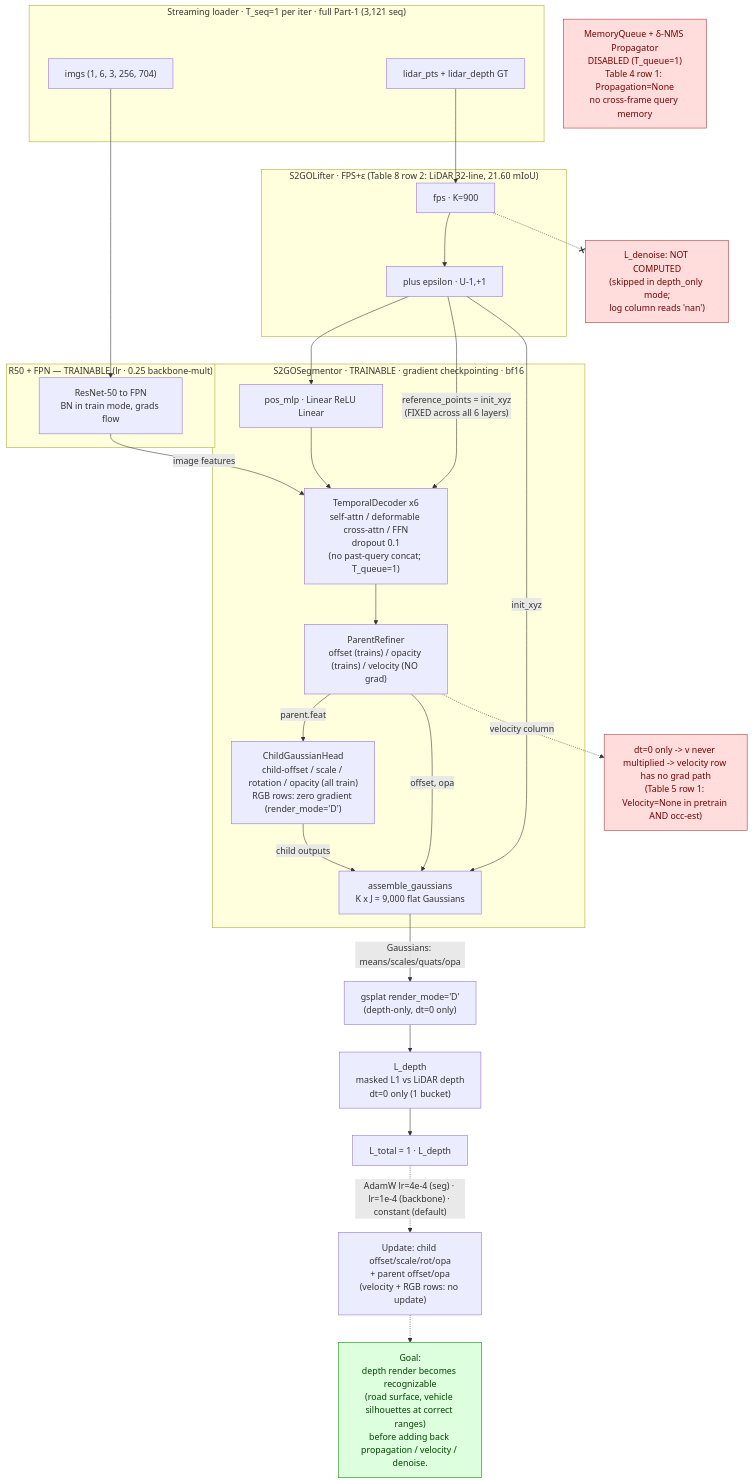
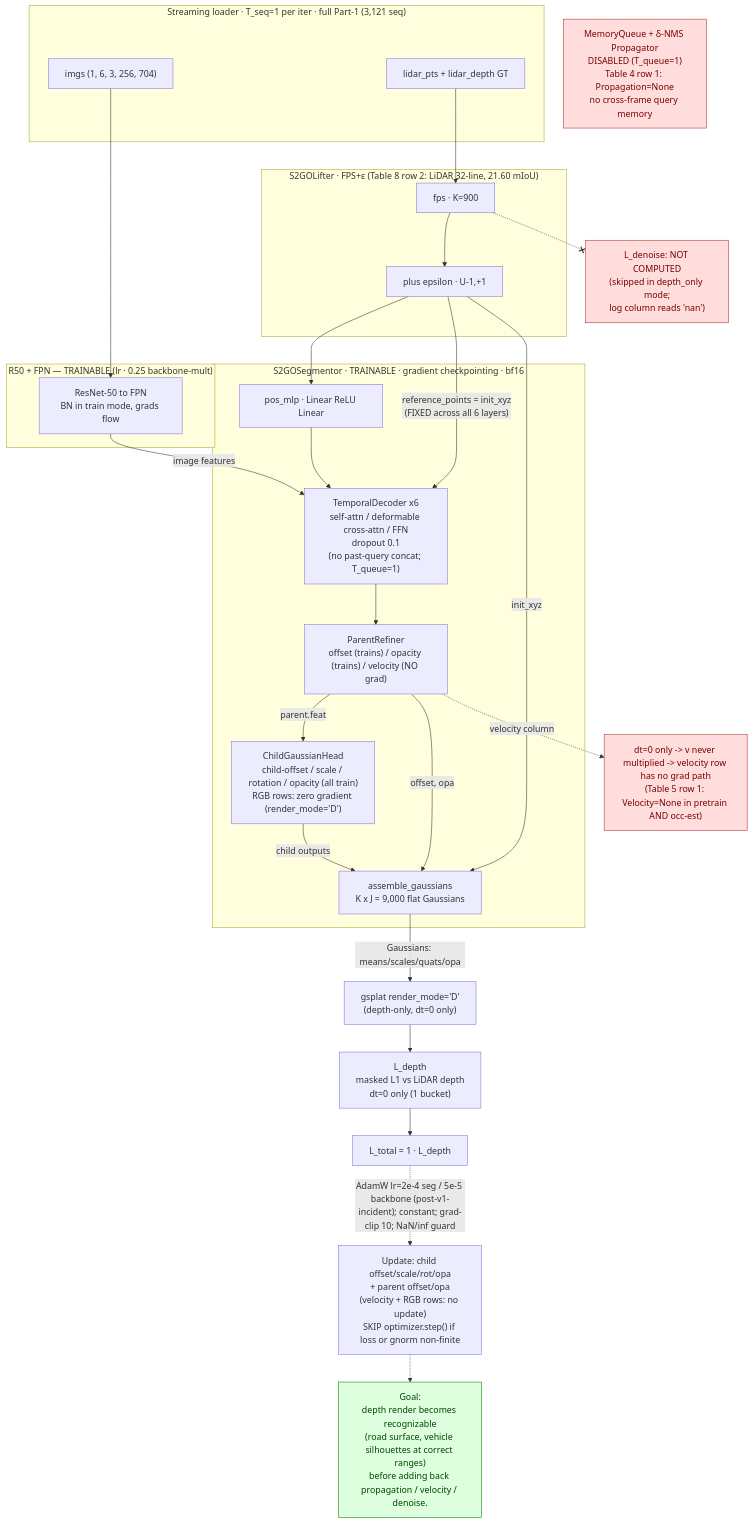
Before and after one commit to skr3178/S2GO: the fifth of 6 diagrams in out/stage1_scaleup_5000iter/architecture_current_run.md, drawn with Mermaid. The commit also changed other lines of this file, not shown here.

First line of the commit message:
Arch doc: v1 post-mortem + v2 success entry + eval comparison

````diff
--- a/out/stage1_scaleup_5000iter/architecture_current_run.md
+++ b/out/stage1_scaleup_5000iter/architecture_current_run.md
@@ -643,64 +643,64 @@
 ```mermaid
 flowchart TB
     subgraph DATA4["Streaming loader · T_seq=1 per iter · full Part-1 (3,121 seq)"]
         IMG4["imgs (1, 6, 3, 256, 704)"]
         LID4["lidar_pts + lidar_depth GT"]
     end
 
     subgraph BB4["R50 + FPN — TRAINABLE (lr · 0.25 backbone-mult)"]
         BBN4["ResNet-50 to FPN<br/>BN in train mode, grads flow"]
     end
     IMG4 --> BBN4
 
     subgraph LIFT4["S2GOLifter · FPS+ε  (Table 8 row 2: LiDAR 32-line, 21.60 mIoU)"]
         FPS4["fps · K=900"]
         EPS4["plus epsilon · U-1,+1"]
         FPS4 --> EPS4
     end
     LID4 --> FPS4
 
     subgraph SEG4["S2GOSegmentor · TRAINABLE · gradient checkpointing · bf16"]
         POSMLP4["pos_mlp · Linear ReLU Linear"]
         TD4["TemporalDecoder x6<br/>self-attn / deformable cross-attn / FFN<br/>dropout 0.1<br/>(no past-query concat; T_queue=1)"]
         PR4["ParentRefiner<br/>offset (trains) / opacity (trains) / velocity (NO grad)"]
         CH4["ChildGaussianHead<br/>child-offset / scale / rotation / opacity (all train)<br/>RGB rows: zero gradient (render_mode='D')"]
         ASM4["assemble_gaussians<br/>K x J = 9,000 flat Gaussians"]
     end
 
     EPS4 --> POSMLP4
     POSMLP4 --> TD4
     EPS4 -->|"reference_points = init_xyz<br/>(FIXED across all 6 layers)"| TD4
     BBN4 -->|image features| TD4
     TD4 --> PR4
     PR4 -->|parent.feat| CH4
     PR4 -->|offset, opa| ASM4
     CH4 -->|child outputs| ASM4
     EPS4 -->|init_xyz| ASM4
 
     %% Render - depth only, no warps
     ASM4 -->|"Gaussians: means/scales/quats/opa"| RENDER4["gsplat render_mode='D'<br/>(depth-only, dt=0 only)"]
 
     %% Loss - L_depth at dt=0 is the ONLY gradient source
     RENDER4 --> LDEP4["L_depth<br/>masked L1 vs LiDAR depth<br/>dt=0 only (1 bucket)"]
     LDEP4 --> LTOT4["L_total = 1 · L_depth"]
 
     %% L_denoise: NOT computed at all in depth_only mode
     SKIPDEN4["L_denoise: NOT COMPUTED<br/>(skipped in depth_only mode;<br/>log column reads 'nan')"]:::bad
     FPS4 -.-x SKIPDEN4
 
     %% No warps -> velocity has no gradient path
     NOWARP4["dt=0 only -> v never multiplied -> velocity row has no grad path<br/>(Table 5 row 1: Velocity=None in pretrain AND occ-est)"]:::bad
     PR4 -.->|"velocity column"| NOWARP4
 
     %% MemoryQueue + Propagator DISABLED (barebones config)
     NOPROP4["MemoryQueue + δ-NMS Propagator<br/>DISABLED (T_queue=1)<br/>Table 4 row 1: Propagation=None<br/>no cross-frame query memory"]:::bad
 
     %% Optimizer
-    LTOT4 -.->|"AdamW lr=4e-4 (seg) · lr=1e-4 (backbone) · constant (default)"| OPT4["Update: child offset/scale/rot/opa<br/>+ parent offset/opa<br/>(velocity + RGB rows: no update)"]
+    LTOT4 -.->|"AdamW lr=2e-4 seg / 5e-5 backbone (post-v1-incident); constant; grad-clip 10; NaN/inf guard"| OPT4["Update: child offset/scale/rot/opa<br/>+ parent offset/opa<br/>(velocity + RGB rows: no update)<br/>SKIP optimizer.step() if loss or gnorm non-finite"]
 
     GOAL4["Goal:<br/>depth render becomes recognizable<br/>(road surface, vehicle silhouettes at correct ranges)<br/>before adding back propagation / velocity / denoise."]:::ok
     OPT4 -.-> GOAL4
 
     classDef ok fill:#dfd,stroke:#080,color:#040
     classDef bad fill:#fdd,stroke:#a33,color:#700
 ```
````
